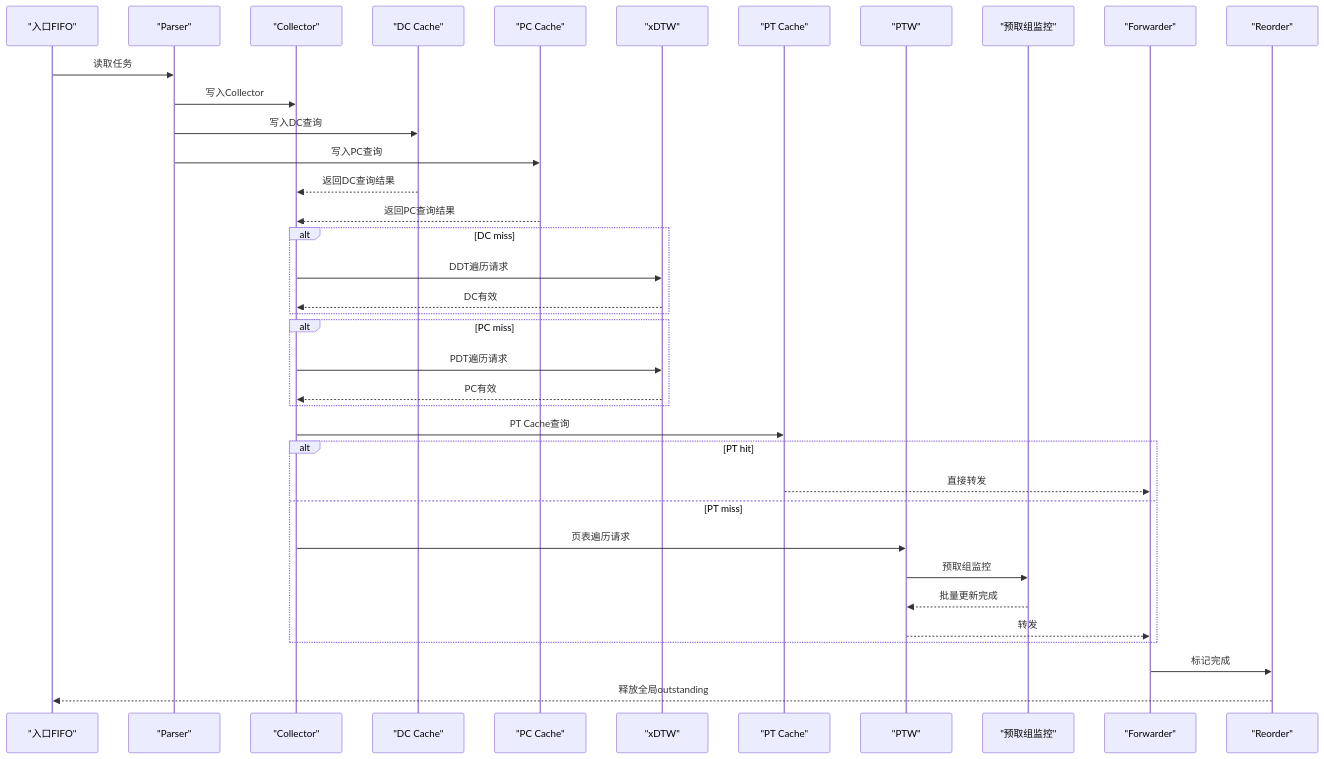
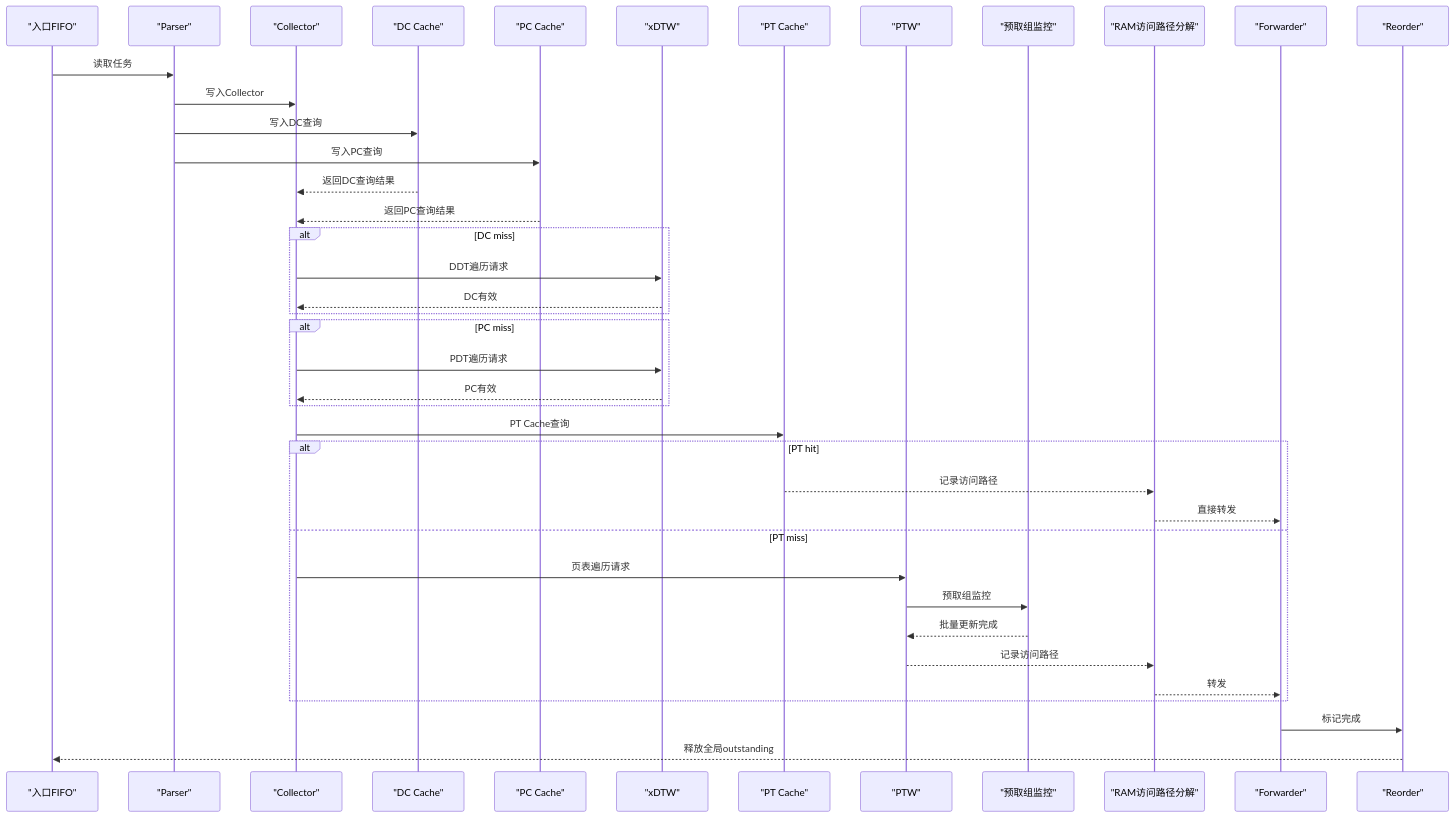
The second of 18 diagrams in .qoder/repowiki/zh/content/性能模型实现/性能模型实现.md (jiangjiang1122/iommu_model_20260401_v1), drawn with Mermaid before and after one commit. The commit also changed other lines of this file and 25 other files, not shown here.

````diff
--- a/.qoder/repowiki/zh/content/性能模型实现/性能模型实现.md
+++ b/.qoder/repowiki/zh/content/性能模型实现/性能模型实现.md
@@ -153,39 +165,42 @@
 ```mermaid
 sequenceDiagram
 participant IN as "入口FIFO"
 participant P as "Parser"
 participant C as "Collector"
 participant DC as "DC Cache"
 participant PC as "PC Cache"
 participant X as "xDTW"
 participant PT as "PT Cache"
 participant PW as "PTW"
 participant MON as "预取组监控"
+participant RAM as "RAM访问路径分解"
 participant F as "Forwarder"
 participant R as "Reorder"
 IN->>P : 读取任务
 P->>C : 写入Collector
 P->>DC : 写入DC查询
 P->>PC : 写入PC查询
 DC-->>C : 返回DC查询结果
 PC-->>C : 返回PC查询结果
 alt DC miss
 C->>X : DDT遍历请求
 X-->>C : DC有效
 end
 alt PC miss
 C->>X : PDT遍历请求
 X-->>C : PC有效
 end
 C->>PT : PT Cache查询
 alt PT hit
-PT-->>F : 直接转发
+PT-->>RAM : 记录访问路径
+RAM-->>F : 直接转发
 else PT miss
 C->>PW : 页表遍历请求
 PW->>MON : 预取组监控
 MON-->>PW : 批量更新完成
-PW-->>F : 转发
+PW-->>RAM : 记录访问路径
+RAM-->>F : 转发
 end
 F->>R : 标记完成
 R-->>IN : 释放全局outstanding
 ```
````
